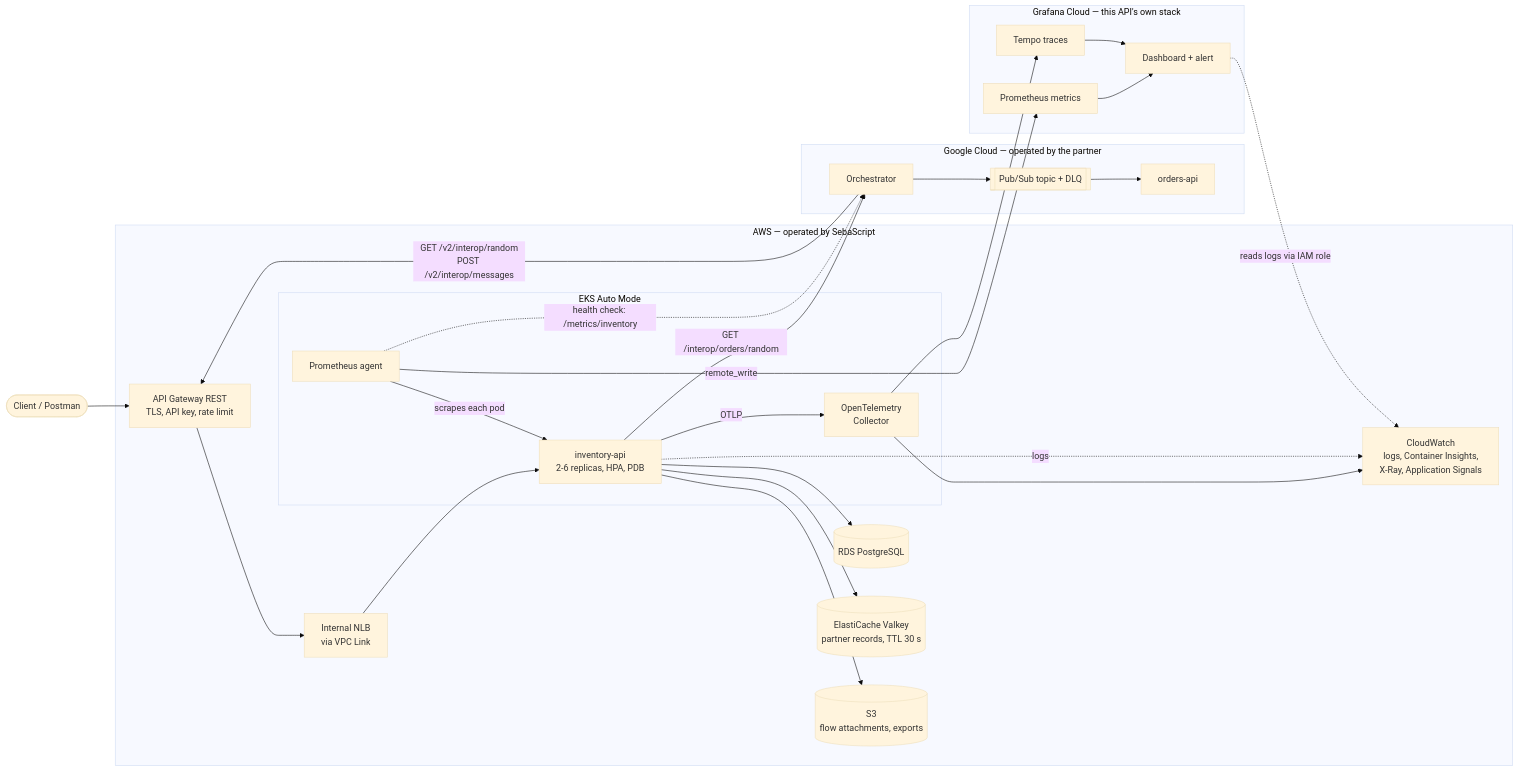
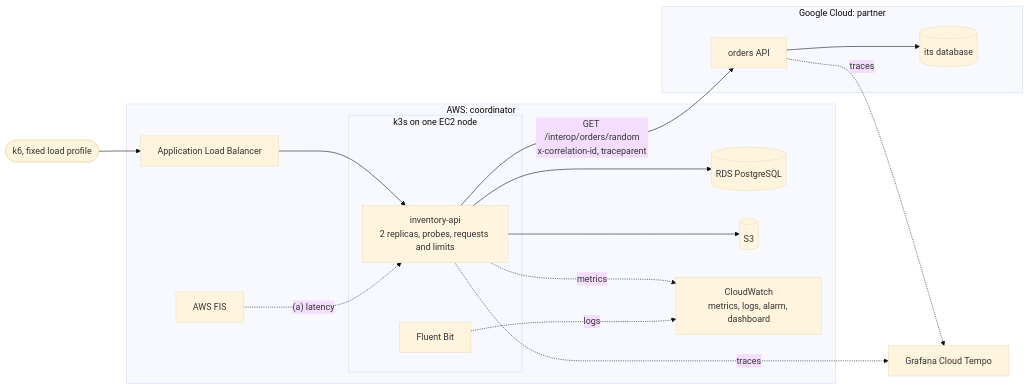
Before and after one commit to SebaScript/inventory-api-v2: the diagram in README.md, drawn with Mermaid (base theme). The commit also changed other lines of this file and 1 other file, not shown here.

````diff
--- a/README.md
+++ b/README.md
@@ -194,45 +94,32 @@
 ```mermaid
 flowchart LR
-  client([Client / Postman])
+  k6([k6, fixed load profile])
 
-  subgraph AWS["AWS &mdash; operated by SebaScript"]
-    gw[API Gateway REST<br/>TLS, API key, rate limit]
-    nlb[Internal NLB<br/>via VPC Link]
-    subgraph eks["EKS Auto Mode"]
-      pods[inventory-api<br/>2-6 replicas, HPA, PDB]
-      otel[OpenTelemetry<br/>Collector]
-      prom[Prometheus agent]
+  subgraph AWS["AWS: coordinator"]
+    alb[Application Load Balancer]
+    subgraph k3s["k3s on one EC2 node"]
+      pods[inventory-api<br/>2 replicas, probes, requests and limits]
+      fb[Fluent Bit]
     end
     rds[(RDS PostgreSQL)]
-    cache[(ElastiCache Valkey<br/>partner records, TTL 30 s)]
-    s3[(S3<br/>flow attachments, exports)]
-    cw[CloudWatch<br/>logs, Container Insights,<br/>X-Ray, Application Signals]
+    s3[(S3)]
+    cw[CloudWatch<br/>metrics, logs, alarm, dashboard]
+    fis[AWS FIS]
   end
 
-  subgraph GCP["Google Cloud &mdash; operated by the partner"]
-    orch[Orchestrator]
-    queue[["Pub/Sub topic + DLQ"]]
-    orders[orders-api]
+  subgraph GCP["Google Cloud: partner"]
+    orders[orders API]
+    odb[(its database)]
   end
 
-  subgraph GC["Grafana Cloud &mdash; this API's own stack"]
-    mimir[Prometheus metrics]
-    tempo[Tempo traces]
-    dash[Dashboard + alert]
-  end
+  tempo[Grafana Cloud Tempo]
 
-  client --> gw --> nlb --> pods
-  pods --> rds & cache & s3
-  pods -- "GET /interop/orders/random" --> orch
-  orch -- "GET /v2/interop/random<br/>POST /v2/interop/messages" --> gw
-  orch --> queue --> orders
-  pods -- OTLP --> otel
-  otel --> cw
-  otel --> tempo
-  pods -. logs .-> cw
-  prom -- "scrapes each pod" --> pods
-  prom -. "health check: /metrics/inventory" .-> orch
-  prom -- remote_write --> mimir
-  mimir & tempo --> dash
-  dash -. "reads logs via IAM role" .-> cw
+  k6 --> alb --> pods
+  pods --> rds & s3
+  pods -- "GET /interop/orders/random<br/>x-correlation-id, traceparent" --> orders --> odb
+  fis -. "(a) latency" .-> pods
+  pods -. metrics .-> cw
+  fb -. logs .-> cw
+  pods -. traces .-> tempo
+  orders -. traces .-> tempo
 ```
````
